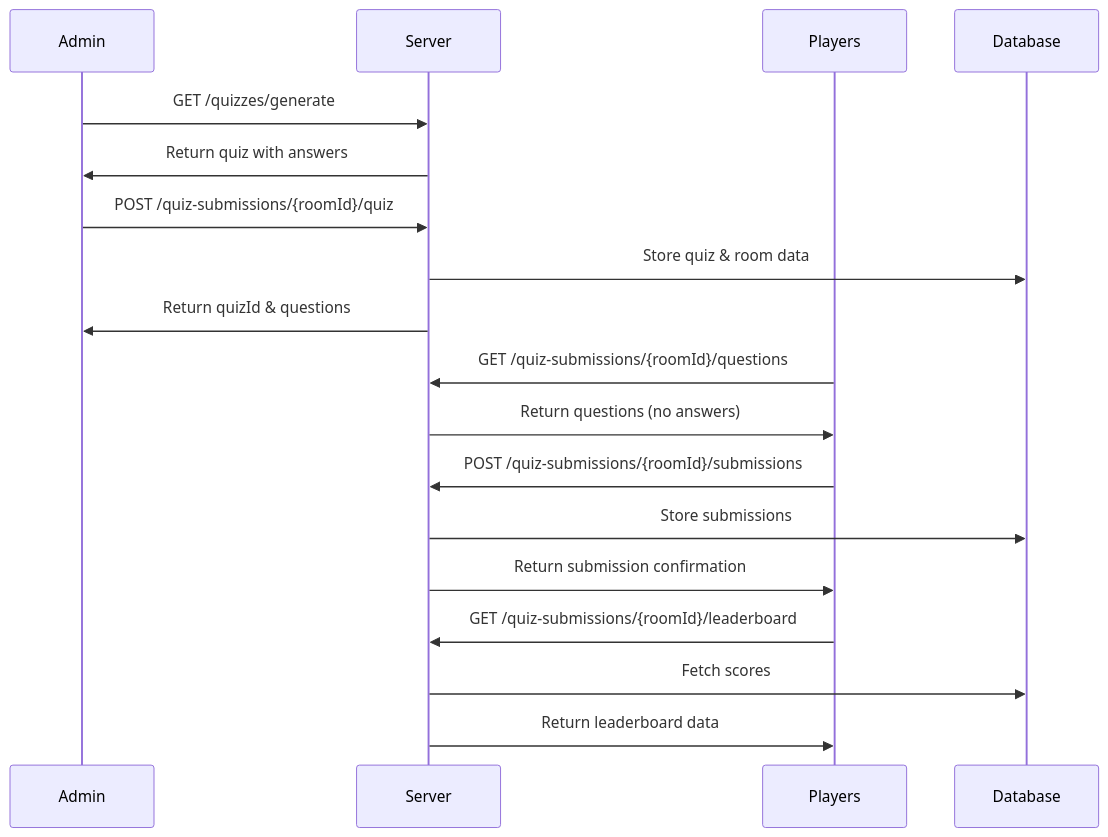
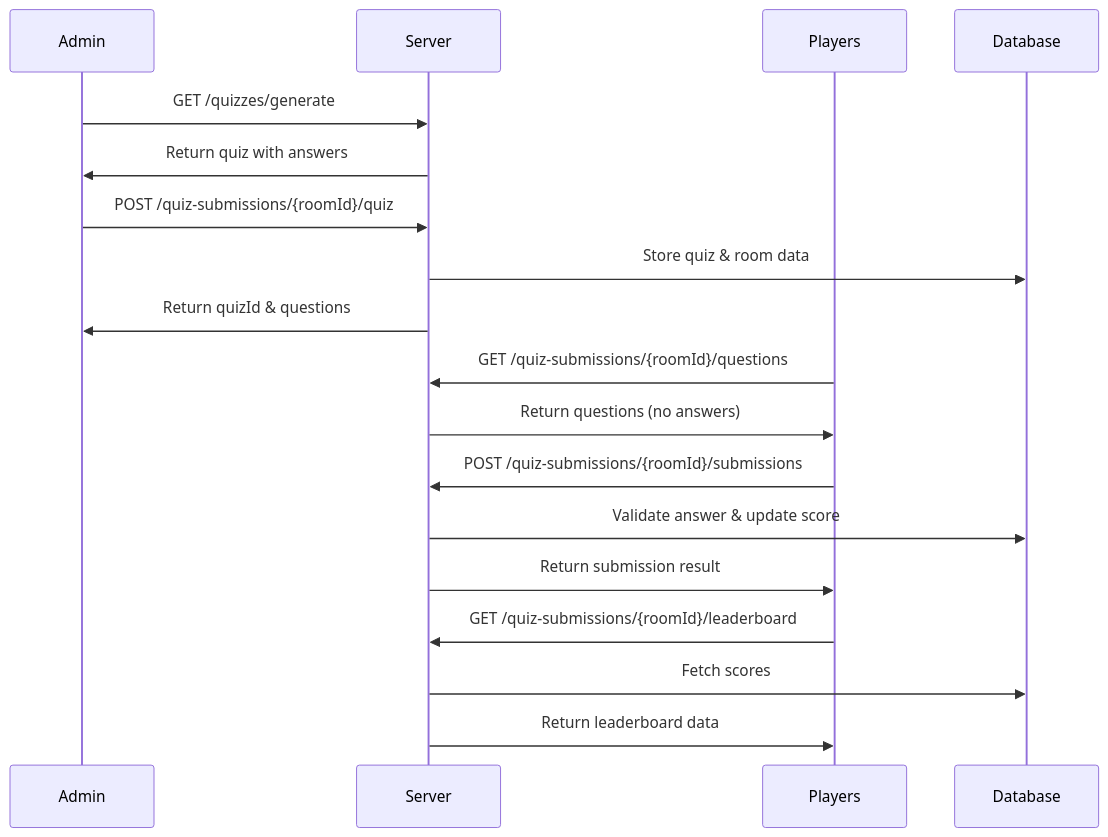
One commit to ARC-Solutions/IntelliQ-V2 changed the diagram in apps/docs/multiplayer-flow.mdx. Above: the diagram before and after it, drawn with Mermaid. The commit also changed other lines of this file and 1 other file, not shown here.

````diff
--- a/apps/docs/multiplayer-flow.mdx
+++ b/apps/docs/multiplayer-flow.mdx
@@ -13,28 +13,28 @@
 ```mermaid
 sequenceDiagram
     participant A as Admin
     participant S as Server
     participant P as Players
     participant DB as Database
 
     %% Quiz Generation and Room Creation
     A->>S: GET /quizzes/generate
     S->>A: Return quiz with answers
     A->>S: POST /quiz-submissions/{roomId}/quiz
     S->>DB: Store quiz & room data
     S->>A: Return quizId & questions
 
     %% Players joining and getting questions
     P->>S: GET /quiz-submissions/{roomId}/questions
     S->>P: Return questions (no answers)
 
-    %% Answer submission
+    %% Answer submission (one at a time)
     P->>S: POST /quiz-submissions/{roomId}/submissions
-    S->>DB: Store submissions
-    S->>P: Return submission confirmation
+    S->>DB: Validate answer & update score
+    S->>P: Return submission result
 
     %% Leaderboard updates
     P->>S: GET /quiz-submissions/{roomId}/leaderboard
     S->>DB: Fetch scores
     S->>P: Return leaderboard data
 ```
````
